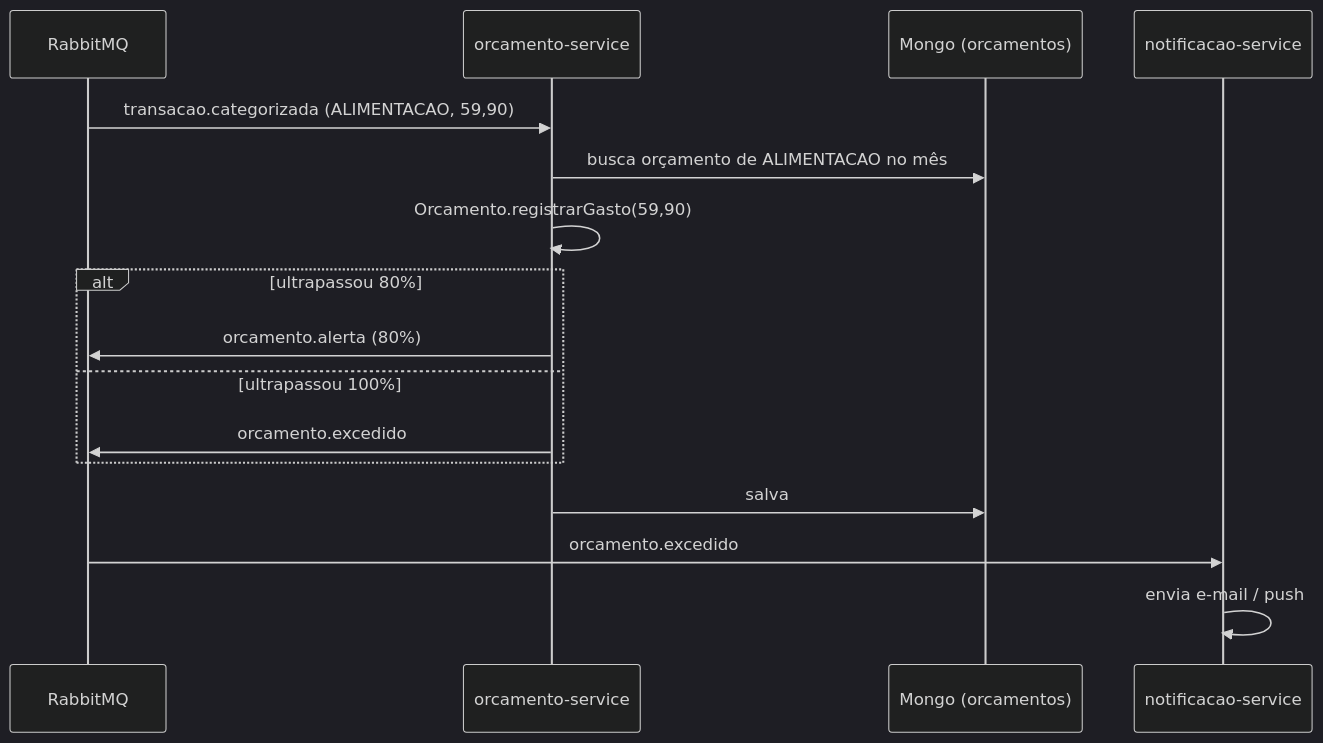
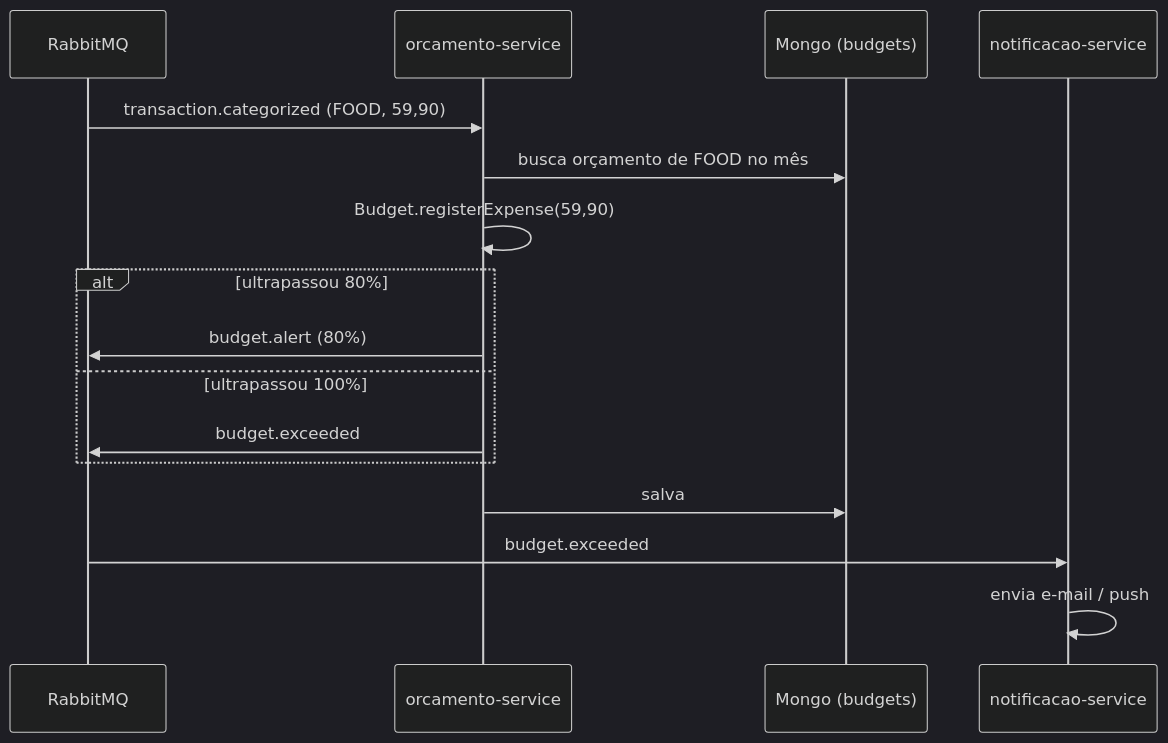
The fifth of 9 diagrams in docs/fluxos.md (DiiOliiver/finance-api), drawn with Mermaid (dark theme) before and after one commit. The commit also changed other lines of this file and 13 other files, not shown here.

````diff
--- a/docs/fluxos.md
+++ b/docs/fluxos.md
@@ -127,19 +127,19 @@
 ```mermaid
 sequenceDiagram
     participant MQ as RabbitMQ
     participant OS as orcamento-service
-    participant DB as Mongo (orcamentos)
+    participant DB as Mongo (budgets)
     participant NS as notificacao-service
 
-    MQ->>OS: transacao.categorizada (ALIMENTACAO, 59,90)
-    OS->>DB: busca orçamento de ALIMENTACAO no mês
-    OS->>OS: Orcamento.registrarGasto(59,90)
+    MQ->>OS: transaction.categorized (FOOD, 59,90)
+    OS->>DB: busca orçamento de FOOD no mês
+    OS->>OS: Budget.registerExpense(59,90)
     alt ultrapassou 80%
-        OS->>MQ: orcamento.alerta (80%)
+        OS->>MQ: budget.alert (80%)
     else ultrapassou 100%
-        OS->>MQ: orcamento.excedido
+        OS->>MQ: budget.exceeded
     end
     OS->>DB: salva
-    MQ->>NS: orcamento.excedido
+    MQ->>NS: budget.exceeded
     NS->>NS: envia e-mail / push
 ```
````
